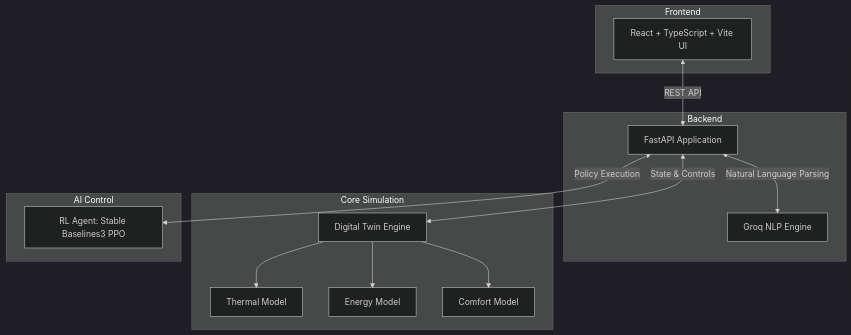
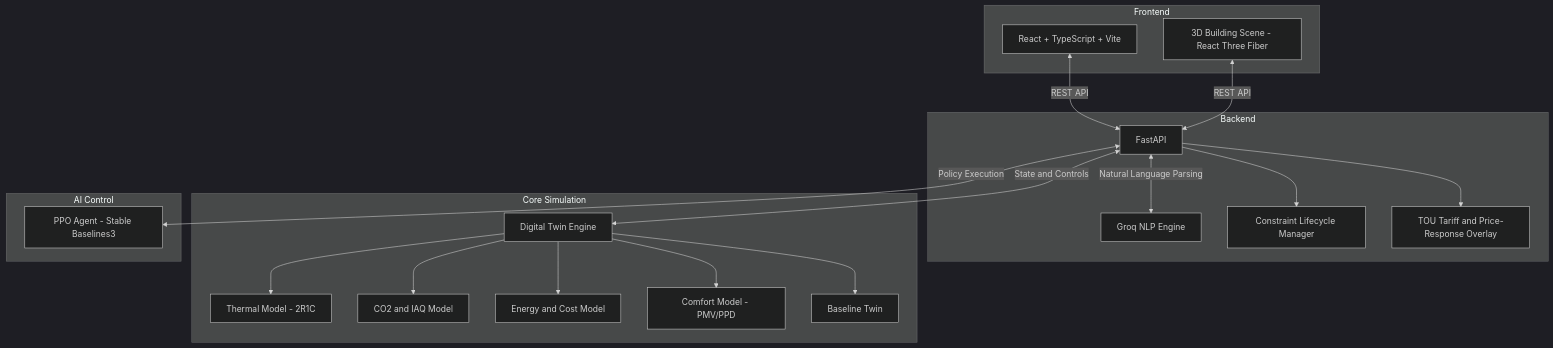
The diagram in README.md (TheDeductor/jarvis), drawn with Mermaid (dark theme) before and after one commit. The commit also changed other lines of this file and 8 other files, not shown here.

````diff
--- a/README.md
+++ b/README.md
@@ -18,31 +14,41 @@
 ```mermaid
 graph TD
     subgraph Frontend
-        UI[React + TypeScript + Vite UI]
+        UI[React + TypeScript + Vite]
+        Scene3D[3D Building Scene - React Three Fiber]
     end
 
     subgraph Backend
-        API[FastAPI Application]
+        API[FastAPI]
         NLP[Groq NLP Engine]
+        Constraints[Constraint Lifecycle Manager]
+        TOU[TOU Tariff and Price-Response Overlay]
     end
 
     subgraph Core Simulation
         DT[Digital Twin Engine]
-        Thermal[Thermal Model]
-        Energy[Energy Model]
-        Comfort[Comfort Model]
+        Thermal[Thermal Model - 2R1C]
+        IAQ[CO2 and IAQ Model]
+        Energy[Energy and Cost Model]
+        Comfort[Comfort Model - PMV/PPD]
+        Baseline[Baseline Twin]
     end
 
     subgraph AI Control
-        RL[RL Agent: Stable Baselines3 PPO]
+        RL[PPO Agent - Stable Baselines3]
     end
 
     UI <-->|REST API| API
-    API <-->|State & Controls| DT
+    Scene3D <-->|REST API| API
+    API <-->|State and Controls| DT
     API <-->|Natural Language Parsing| NLP
     API <-->|Policy Execution| RL
-    
+    API --> Constraints
+    API --> TOU
+
     DT --> Thermal
+    DT --> IAQ
     DT --> Energy
     DT --> Comfort
+    DT --> Baseline
 ```
````
